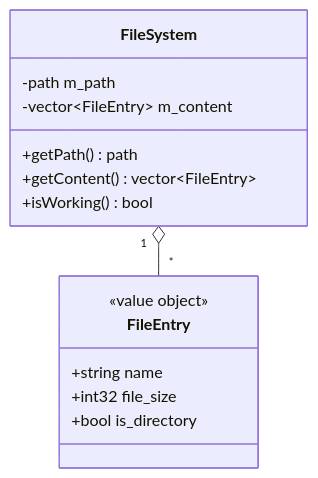
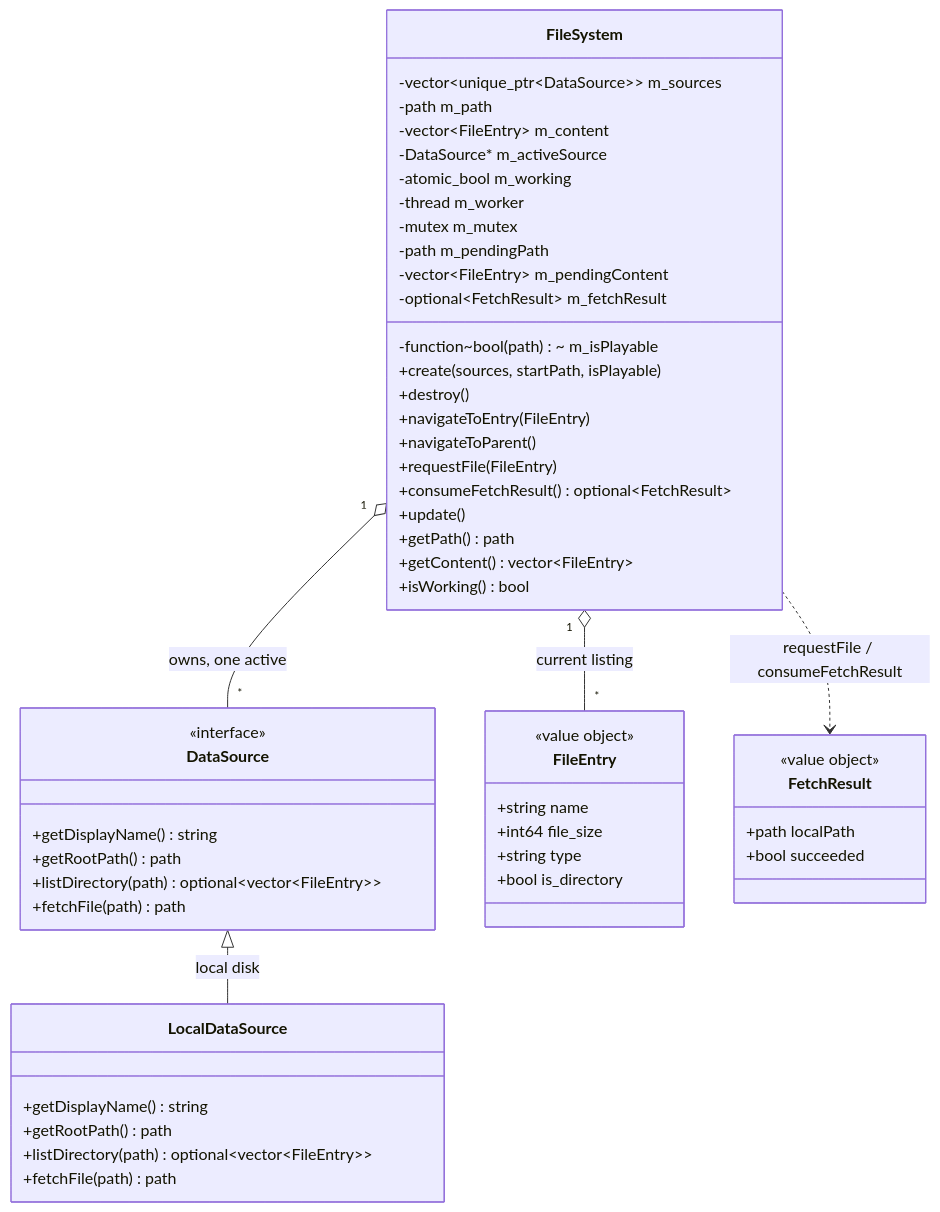
The diagram in docs/filesystem.md (notnotme/osp2), drawn with Mermaid before and after one commit. The commit also changed other lines of this file and 13 other files, not shown here.

First line of the commit message:
feat: threaded FileSystem over a DataSource abstraction (TODO_4 chunk 4a)

````diff
--- a/docs/filesystem.md
+++ b/docs/filesystem.md
@@ -5,19 +12,60 @@
 ```mermaid
 classDiagram
+    class DataSource {
+        <<interface>>
+        +getDisplayName() string
+        +getRootPath() path
+        +listDirectory(path) optional~vector~FileEntry~~
+        +fetchFile(path) path
+    }
+
+    class LocalDataSource {
+        +getDisplayName() string
+        +getRootPath() path
+        +listDirectory(path) optional~vector~FileEntry~~
+        +fetchFile(path) path
+    }
+
     class FileSystem {
+        -vector~unique_ptr~DataSource~~ m_sources
+        -function~bool(path)~ m_isPlayable
         -path m_path
         -vector~FileEntry~ m_content
+        -DataSource* m_activeSource
+        -atomic_bool m_working
+        -thread m_worker
+        -mutex m_mutex
+        -path m_pendingPath
+        -vector~FileEntry~ m_pendingContent
+        -optional~FetchResult~ m_fetchResult
+        +create(sources, startPath, isPlayable)
+        +destroy()
+        +navigateToEntry(FileEntry)
+        +navigateToParent()
+        +requestFile(FileEntry)
+        +consumeFetchResult() optional~FetchResult~
+        +update()
         +getPath() path
         +getContent() vector~FileEntry~
         +isWorking() bool
     }
 
     class FileEntry {
         <<value object>>
         +string name
-        +int32 file_size
+        +int64 file_size
+        +string type
         +bool is_directory
     }
 
-    FileSystem "1" o-- "*" FileEntry
+    class FetchResult {
+        <<value object>>
+        +path localPath
+        +bool succeeded
+    }
+
+    DataSource <|-- LocalDataSource : local disk
+    FileSystem "1" o-- "*" DataSource : owns, one active
+    FileSystem "1" o-- "*" FileEntry : current listing
+    FileSystem ..> FetchResult : requestFile / consumeFetchResult
 ```
````
